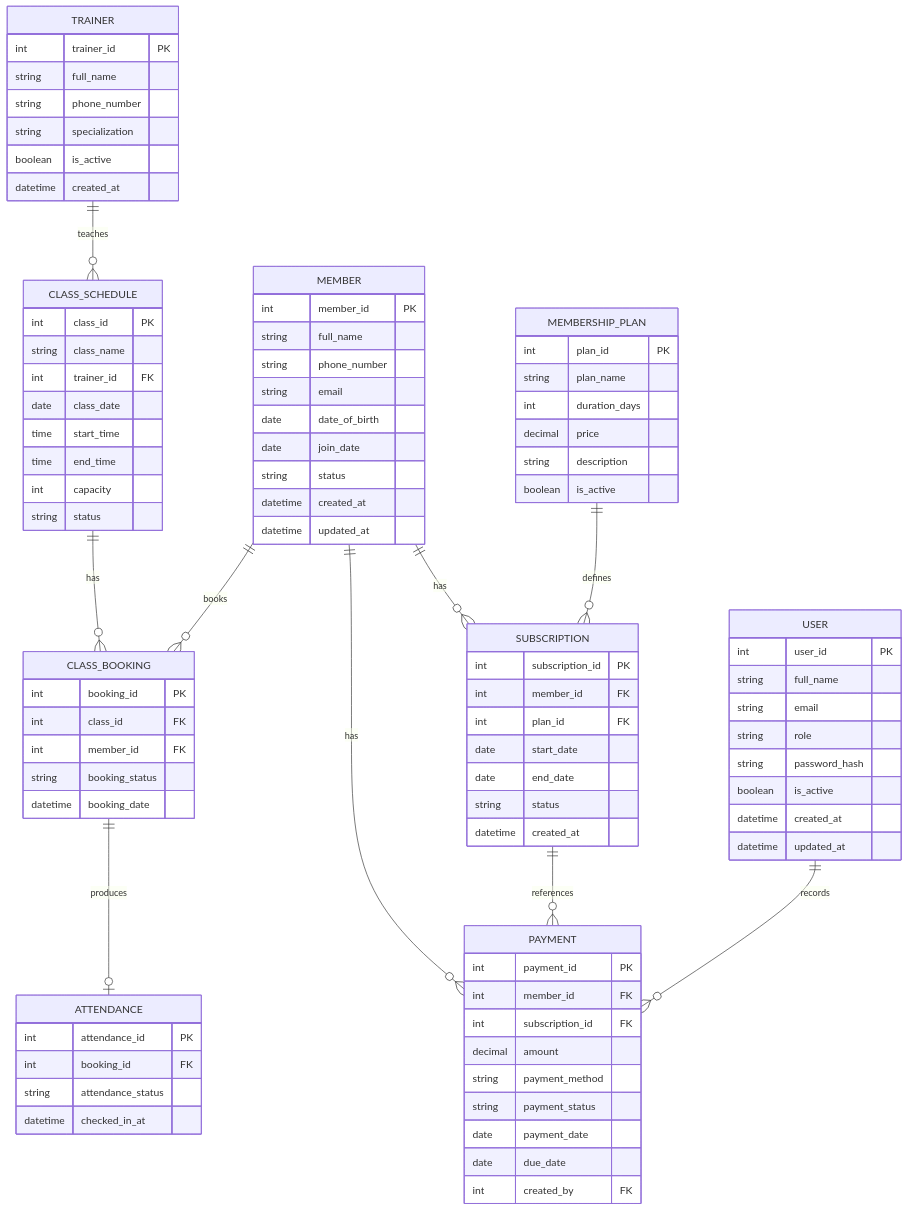
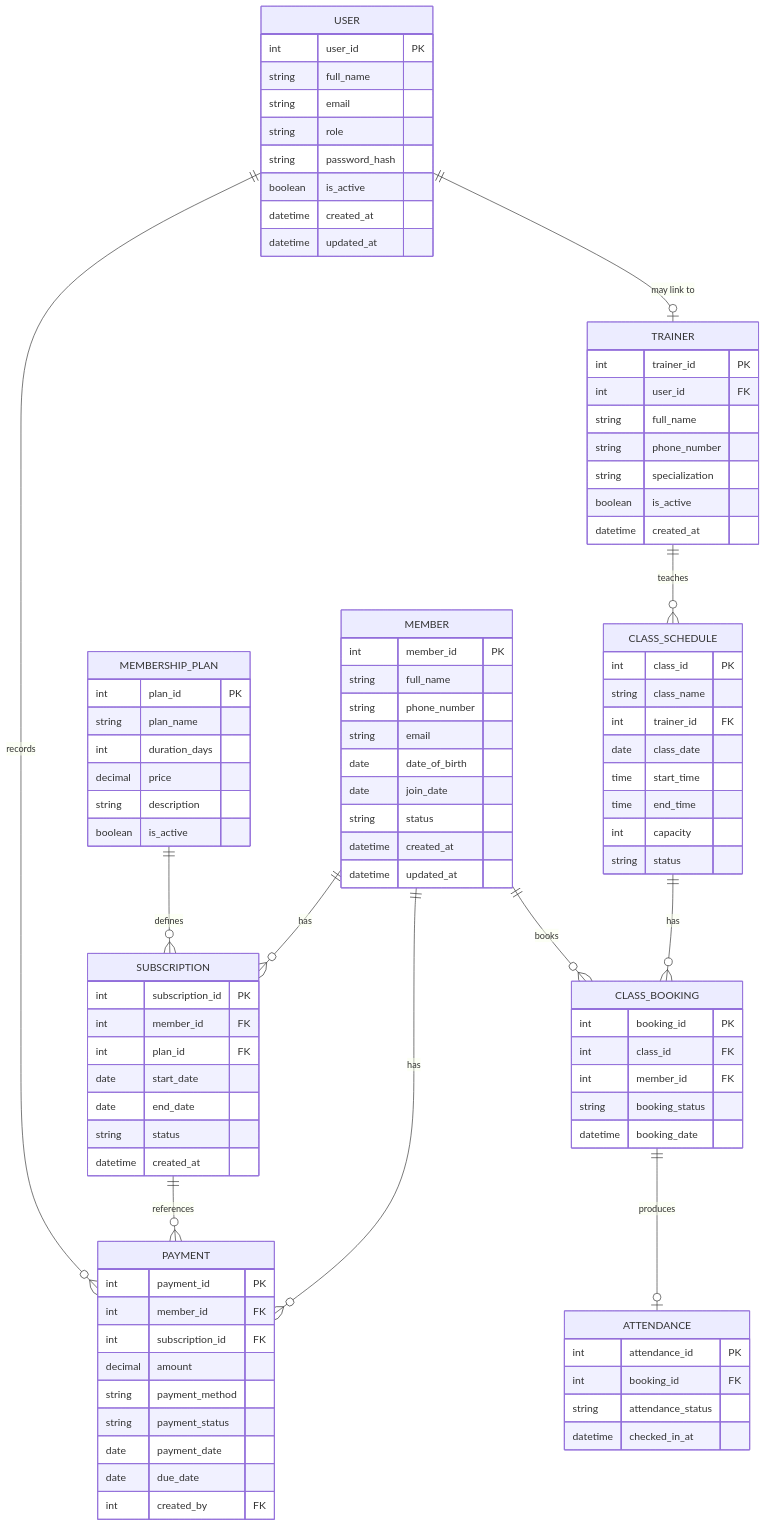
Before and after one commit to lixfeyzen/portfolio-project: the diagram in ProfitHub-Gym-Operations-System-Analysis/diagrams/erd.mmd, drawn with Mermaid. The commit also changed 26 other files, not shown here.

```diff
--- a/ProfitHub-Gym-Operations-System-Analysis/diagrams/erd.mmd
+++ b/ProfitHub-Gym-Operations-System-Analysis/diagrams/erd.mmd
@@ -1,99 +1,101 @@
 erDiagram
     USER {
         int user_id PK
         string full_name
         string email
         string role
         string password_hash
         boolean is_active
         datetime created_at
         datetime updated_at
     }
 
     MEMBER {
         int member_id PK
         string full_name
         string phone_number
         string email
         date date_of_birth
         date join_date
         string status
         datetime created_at
         datetime updated_at
     }
 
     TRAINER {
         int trainer_id PK
+        int user_id FK
         string full_name
         string phone_number
         string specialization
         boolean is_active
         datetime created_at
     }
 
     MEMBERSHIP_PLAN {
         int plan_id PK
         string plan_name
         int duration_days
         decimal price
         string description
         boolean is_active
     }
 
     SUBSCRIPTION {
         int subscription_id PK
         int member_id FK
         int plan_id FK
         date start_date
         date end_date
         string status
         datetime created_at
     }
 
     PAYMENT {
         int payment_id PK
         int member_id FK
         int subscription_id FK
         decimal amount
         string payment_method
         string payment_status
         date payment_date
         date due_date
         int created_by FK
     }
 
     CLASS_SCHEDULE {
         int class_id PK
         string class_name
         int trainer_id FK
         date class_date
         time start_time
         time end_time
         int capacity
         string status
     }
 
     CLASS_BOOKING {
         int booking_id PK
         int class_id FK
         int member_id FK
         string booking_status
         datetime booking_date
     }
 
     ATTENDANCE {
         int attendance_id PK
         int booking_id FK
         string attendance_status
         datetime checked_in_at
     }
 
     MEMBER ||--o{ SUBSCRIPTION : has
     MEMBERSHIP_PLAN ||--o{ SUBSCRIPTION : defines
     MEMBER ||--o{ PAYMENT : has
     SUBSCRIPTION ||--o{ PAYMENT : references
     USER ||--o{ PAYMENT : records
+    USER ||--o| TRAINER : "may link to"
     TRAINER ||--o{ CLASS_SCHEDULE : teaches
     CLASS_SCHEDULE ||--o{ CLASS_BOOKING : has
     MEMBER ||--o{ CLASS_BOOKING : books
     CLASS_BOOKING ||--o| ATTENDANCE : produces
```
